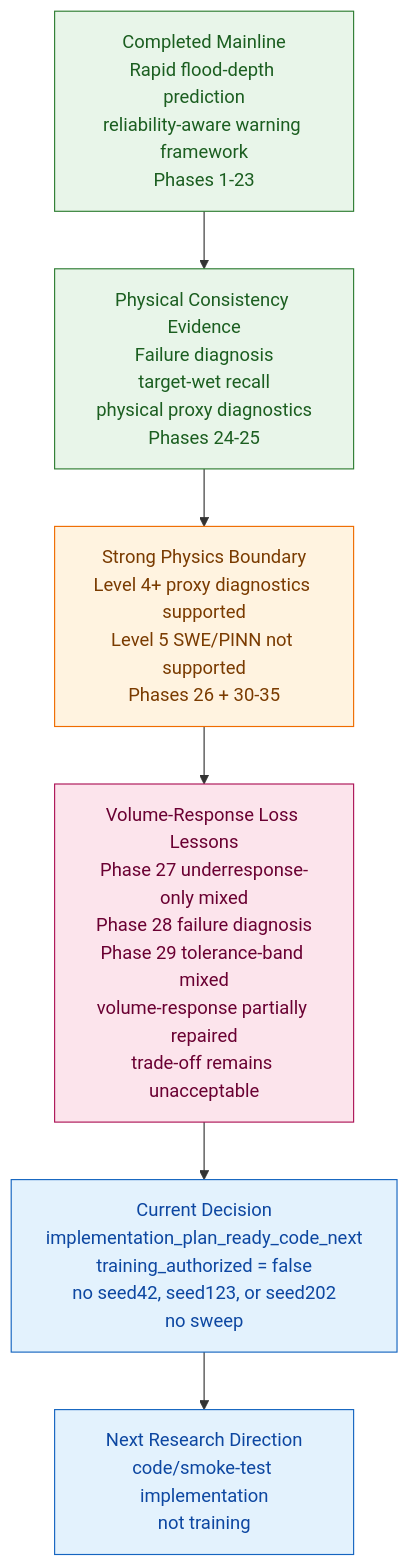
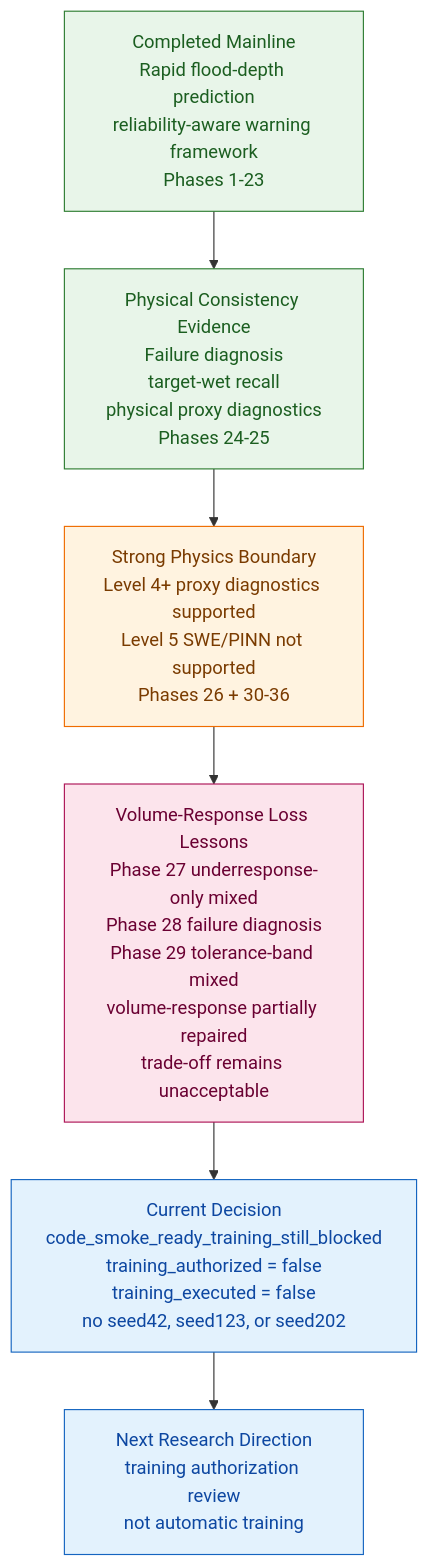
The third of 3 diagrams in README.md (HolyLin990604/physics-guided-urban-flood-prediction), drawn with Mermaid before and after one commit. The commit also changed other lines of this file and 2 other files, not shown here.

Commit message:
docs: sync phase36 manhole false-dry smoke status

````diff
--- a/README.md
+++ b/README.md
@@ -466,16 +468,16 @@
 ```mermaid
 flowchart TD
     A["Completed Mainline<br/>Rapid flood-depth prediction<br/>reliability-aware warning framework<br/>Phases 1-23"]:::completed
     B["Physical Consistency Evidence<br/>Failure diagnosis<br/>target-wet recall<br/>physical proxy diagnostics<br/>Phases 24-25"]:::completed
-    C["Strong Physics Boundary<br/>Level 4+ proxy diagnostics supported<br/>Level 5 SWE/PINN not supported<br/>Phases 26 + 30-35"]:::boundary
+    C["Strong Physics Boundary<br/>Level 4+ proxy diagnostics supported<br/>Level 5 SWE/PINN not supported<br/>Phases 26 + 30-36"]:::boundary
     D["Volume-Response Loss Lessons<br/>Phase 27 underresponse-only mixed<br/>Phase 28 failure diagnosis<br/>Phase 29 tolerance-band mixed<br/>volume-response partially repaired<br/>trade-off remains unacceptable"]:::diagnosis
-    E["Current Decision<br/>implementation_plan_ready_code_next<br/>training_authorized = false<br/>no seed42, seed123, or seed202<br/>no sweep"]:::current
-    F["Next Research Direction<br/>code/smoke-test implementation<br/>not training"]:::current
+    E["Current Decision<br/>code_smoke_ready_training_still_blocked<br/>training_authorized = false<br/>training_executed = false<br/>no seed42, seed123, or seed202"]:::current
+    F["Next Research Direction<br/>training authorization review<br/>not automatic training"]:::current
 
     A --> B --> C --> D --> E --> F
 
     classDef completed fill:#e8f5e9,stroke:#2e7d32,color:#1b5e20
     classDef boundary fill:#fff3e0,stroke:#ef6c00,color:#7a3b00
     classDef diagnosis fill:#fce4ec,stroke:#ad1457,color:#6a0032
     classDef current fill:#e3f2fd,stroke:#1565c0,color:#0d47a1
 ```
````
